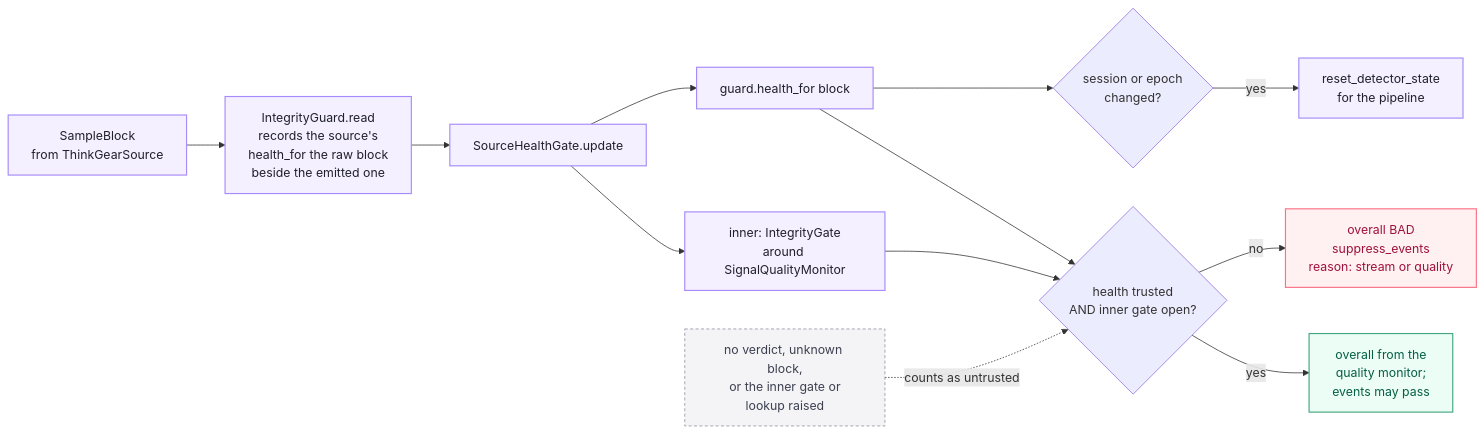
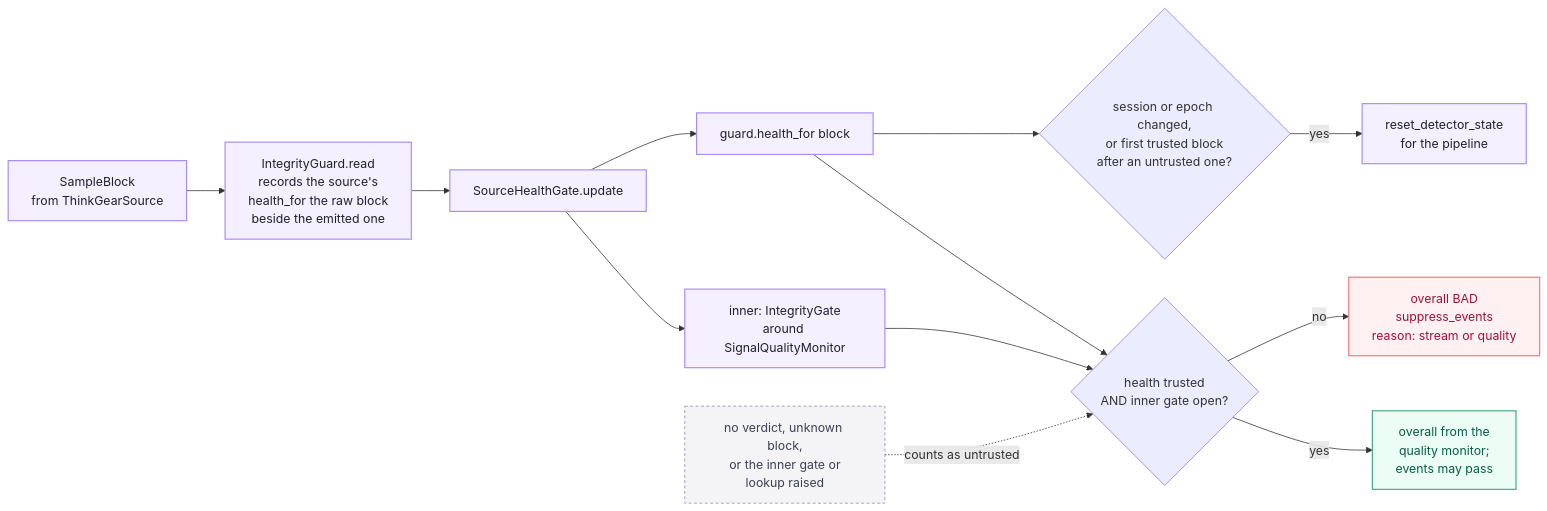
One commit to MSKazemi/yazses changed the fifth of 6 diagrams in design/biosignal/thinkgear-flowcharts.md. Above: the diagram before and after it, drawn with Mermaid. The commit also changed other lines of this file, not shown here.

First line of the commit message:
docs(biosignal): retarget the ThinkGear flowcharts to the rebased stack

````diff
--- a/design/biosignal/thinkgear-flowcharts.md
+++ b/design/biosignal/thinkgear-flowcharts.md
@@ -288,19 +293,19 @@
 ```mermaid
 flowchart LR
     classDef normal  fill:#f5f0ff,stroke:#a78bfa,stroke-width:1.5px,color:#20212b
     classDef success fill:#ecfdf5,stroke:#43a780,stroke-width:1.5px,color:#065f46
     classDef failure fill:#fff1f2,stroke:#fb7185,stroke-width:1.5px,color:#9f1239
     classDef muted   fill:#f4f4f6,stroke:#8c91a0,stroke-width:1px,stroke-dasharray:4 3,color:#3d4150
 
     SB[SampleBlock<br/>from ThinkGearSource]:::normal --> IG[IntegrityGuard.read<br/>records the source's<br/>health_for the raw block<br/>beside the emitted one]:::normal
     IG --> SH[SourceHealthGate.update]:::normal
     SH --> IN[inner: IntegrityGate<br/>around SignalQualityMonitor]:::normal
     SH --> HF[guard.health_for block]:::normal
     IN --> V{health trusted<br/>AND inner gate open?}
     HF --> V
-    HF --> K{session or epoch<br/>changed?}
+    HF --> K{session or epoch changed,<br/>or first trusted block<br/>after an untrusted one?}
     K -->|yes| RST[reset_detector_state<br/>for the pipeline]:::normal
     V -->|yes| OK[overall from the<br/>quality monitor;<br/>events may pass]:::success
     V -->|no| BAD[overall BAD<br/>suppress_events<br/>reason: stream or quality]:::failure
     ERR[no verdict, unknown block,<br/>or the inner gate or<br/>lookup raised]:::muted -.->|counts as untrusted| V
 ```
````
